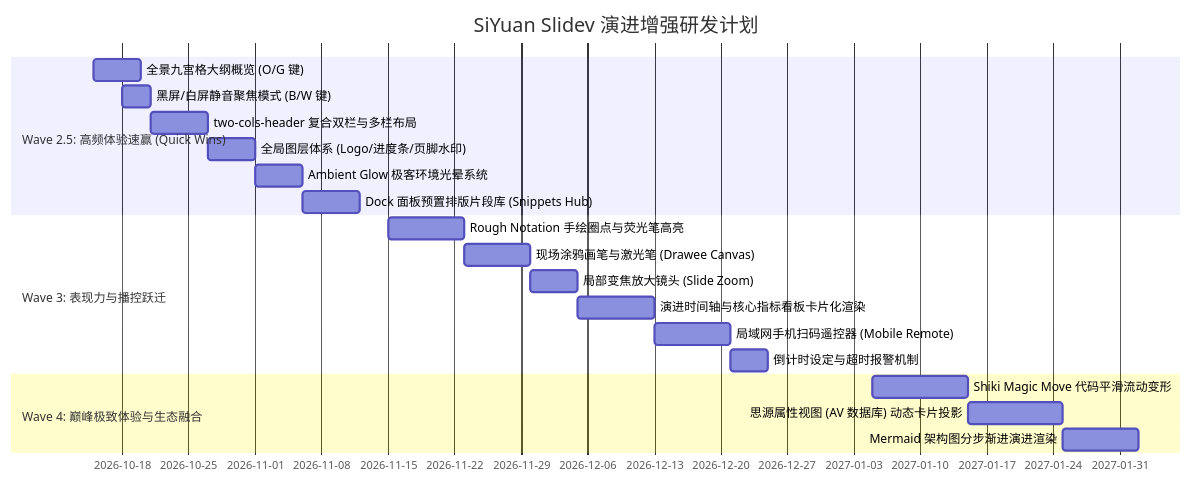
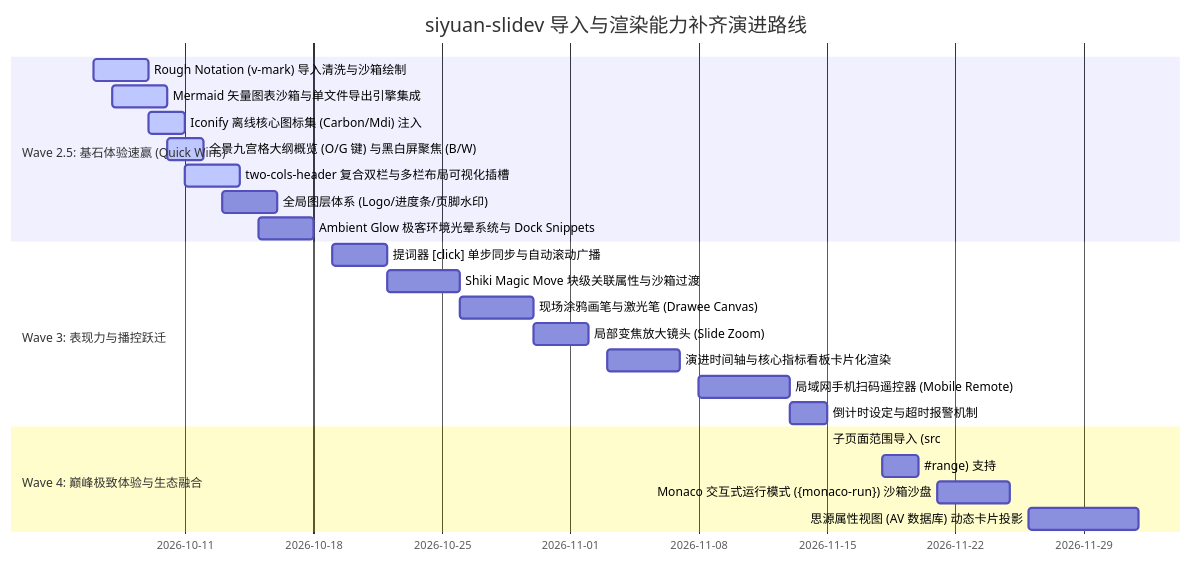
One commit to famotime/siyuan-live-slides changed the second of 2 diagrams in docs/基于 Slidev 与 Slidev-Templates 源码生态的演示能力差距分析与高频特性集成演进指南.md. Above: the diagram before and after it, drawn with Mermaid. The commit also changed other lines of this file and 21 other files, not shown here.

First line of the commit message:
fix(preview): 修复图右布局高度折叠并完善图片容灾降级与离线导出

````diff
--- a/docs/基于 Slidev 与 Slidev-Templates 源码生态的演示能力差距分析与高频特性集成演进指南.md
+++ b/docs/基于 Slidev 与 Slidev-Templates 源码生态的演示能力差距分析与高频特性集成演进指南.md
@@ -379,23 +417,25 @@
 ```mermaid
 gantt
-    title SiYuan Slidev 演进增强研发计划
+    title siyuan-slidev 导入与渲染能力补齐演进路线
     dateFormat  YYYY-MM-DD
-    section Wave 2.5: 高频体验速赢 (Quick Wins)
-    全景九宫格大纲概览 (O/G 键)           :2026-10-15, 5d
-    黑屏/白屏静音聚焦模式 (B/W 键)        :2026-10-18, 3d
-    two-cols-header 复合双栏与多栏布局    :2026-10-21, 6d
-    全局图层体系 (Logo/进度条/页脚水印)     :2026-10-27, 5d
-    Ambient Glow 极客环境光晕系统         :2026-11-01, 5d
-    Dock 面板预置排版片段库 (Snippets Hub):2026-11-06, 6d
+    section Wave 2.5: 基石体验速赢 (Quick Wins)
+    Rough Notation (v-mark) 导入清洗与沙箱绘制    :active, p0_1, 2026-10-06, 3d
+    Mermaid 矢量图表沙箱与单文件导出引擎集成      :active, p0_2, 2026-10-07, 3d
+    Iconify 离线核心图标集 (Carbon/Mdi) 注入      :active, p0_3, 2026-10-09, 2d
+    全景九宫格大纲概览 (O/G 键) 与黑白屏聚焦 (B/W):active, p0_4, 2026-10-10, 2d
+    two-cols-header 复合双栏与多栏布局可视化插槽  :active, p0_5, 2026-10-11, 3d
+    全局图层体系 (Logo/进度条/页脚水印)           :p0_6, 2026-10-13, 3d
+    Ambient Glow 极客环境光晕系统与 Dock Snippets :p0_7, 2026-10-15, 3d
     section Wave 3: 表现力与播控跃迁
-    Rough Notation 手绘圈点与荧光笔高亮   :2026-11-15, 8d
-    现场涂鸦画笔与激光笔 (Drawee Canvas)  :2026-11-23, 7d
-    局部变焦放大镜头 (Slide Zoom)         :2026-11-30, 5d
-    演进时间轴与核心指标看板卡片化渲染     :2026-12-05, 8d
-    局域网手机扫码遥控器 (Mobile Remote)  :2026-12-13, 8d
-    倒计时设定与超时报警机制              :2026-12-21, 4d
+    提词器 [click] 单步同步与自动滚动广播         :p1_1, 2026-10-19, 3d
+    Shiki Magic Move 块级关联属性与沙箱过渡       :p1_2, 2026-10-22, 4d
+    现场涂鸦画笔与激光笔 (Drawee Canvas)          :p1_3, 2026-10-26, 4d
+    局部变焦放大镜头 (Slide Zoom)                 :p1_4, 2026-10-30, 3d
+    演进时间轴与核心指标看板卡片化渲染             :p1_5, 2026-11-03, 4d
+    局域网手机扫码遥控器 (Mobile Remote)          :p1_6, 2026-11-08, 5d
+    倒计时设定与超时报警机制                      :p1_7, 2026-11-13, 2d
     section Wave 4: 巅峰极致体验与生态融合
-    Shiki Magic Move 代码平滑流动变形    :2027-01-05, 10d
-    思源属性视图 (AV 数据库) 动态卡片投影  :2027-01-15, 10d
-    Mermaid 架构图分步渐进演进渲染        :2027-01-25, 8d
+    子页面范围导入 (src: file.md#range) 支持     :p2_1, 2026-11-18, 2d
+    Monaco 交互式运行模式 ({monaco-run}) 沙箱沙盘 :p2_2, 2026-11-21, 4d
+    思源属性视图 (AV 数据库) 动态卡片投影          :p2_3, 2026-11-26, 6d
 ```
````
